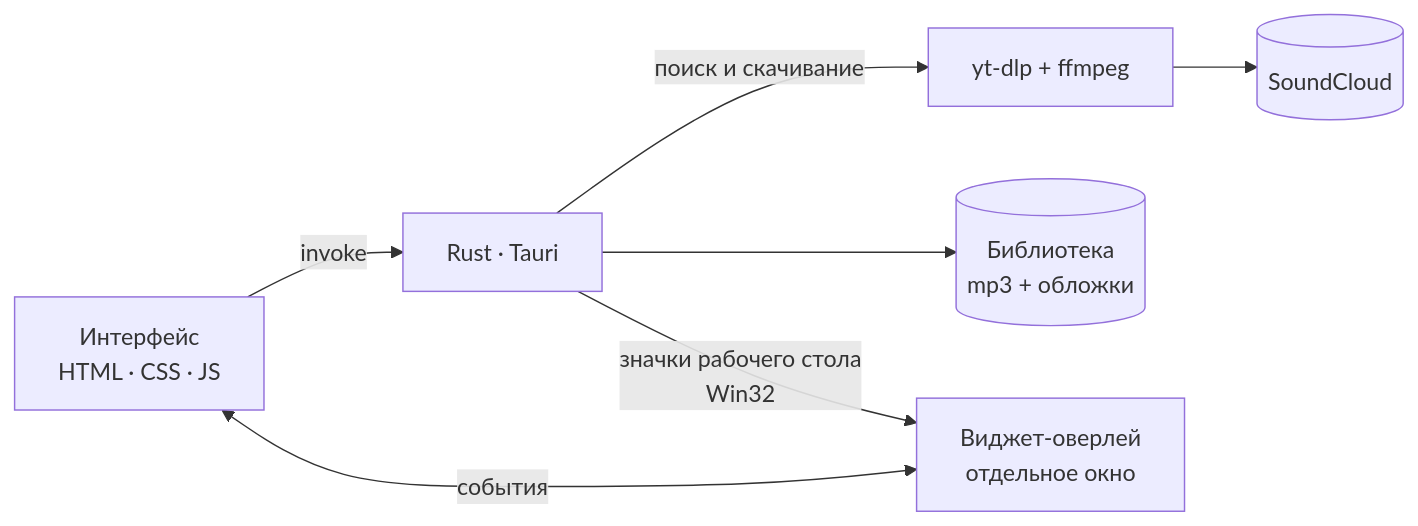
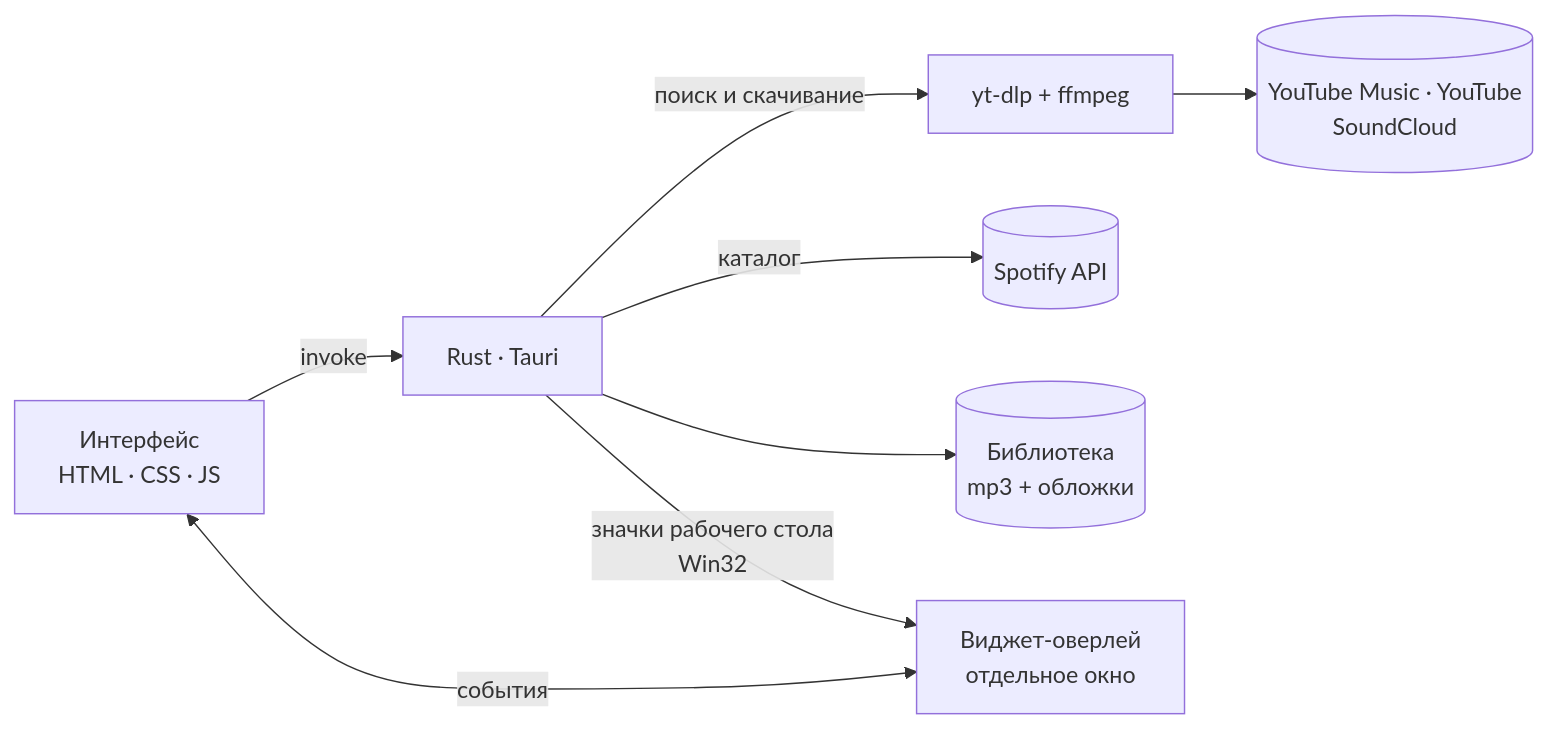
Before and after one commit to BlackCapone/luma: the diagram in README.md, drawn with Mermaid. The commit also changed other lines of this file and 3 other files, not shown here.

Commit message:
Дизайн в стиле Spotify, новая нижняя панель, поиск по YouTube Music, YouTube, SoundCloud и Spotify

````diff
--- a/README.md
+++ b/README.md
@@ -102,9 +112,10 @@
 ```mermaid
 flowchart LR
     UI["Интерфейс<br/>HTML · CSS · JS"] -- "invoke" --> R["Rust · Tauri"]
     R -- "поиск и скачивание" --> Y["yt-dlp + ffmpeg"]
-    Y --> SC[("SoundCloud")]
+    Y --> SC[("YouTube Music · YouTube<br/>SoundCloud")]
+    R -- "каталог" --> SP[("Spotify API")]
     R --> L[("Библиотека<br/>mp3 + обложки")]
     UI <-- "события" --> W["Виджет-оверлей<br/>отдельное окно"]
     R -- "значки рабочего стола<br/>Win32" --> W
 ```
````
